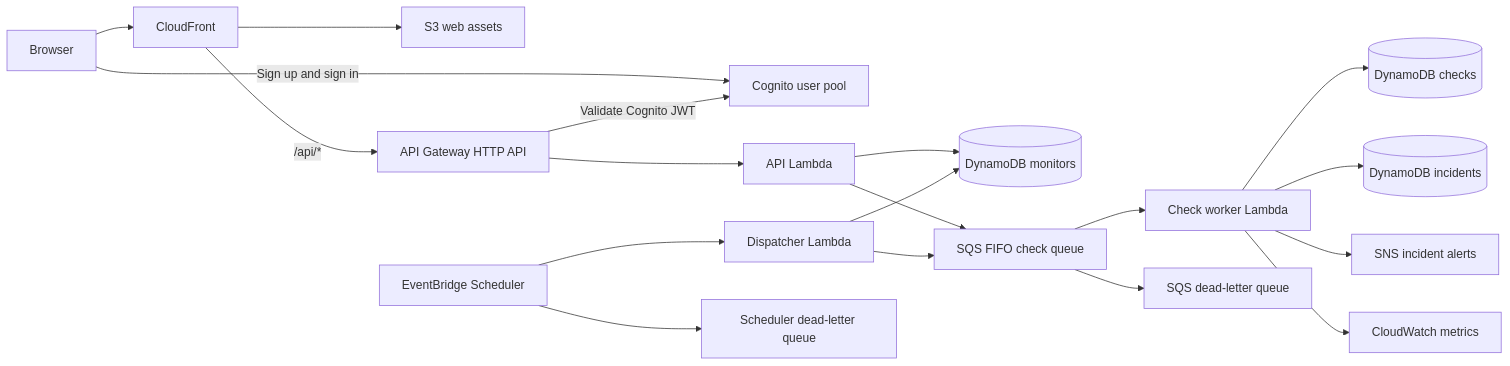
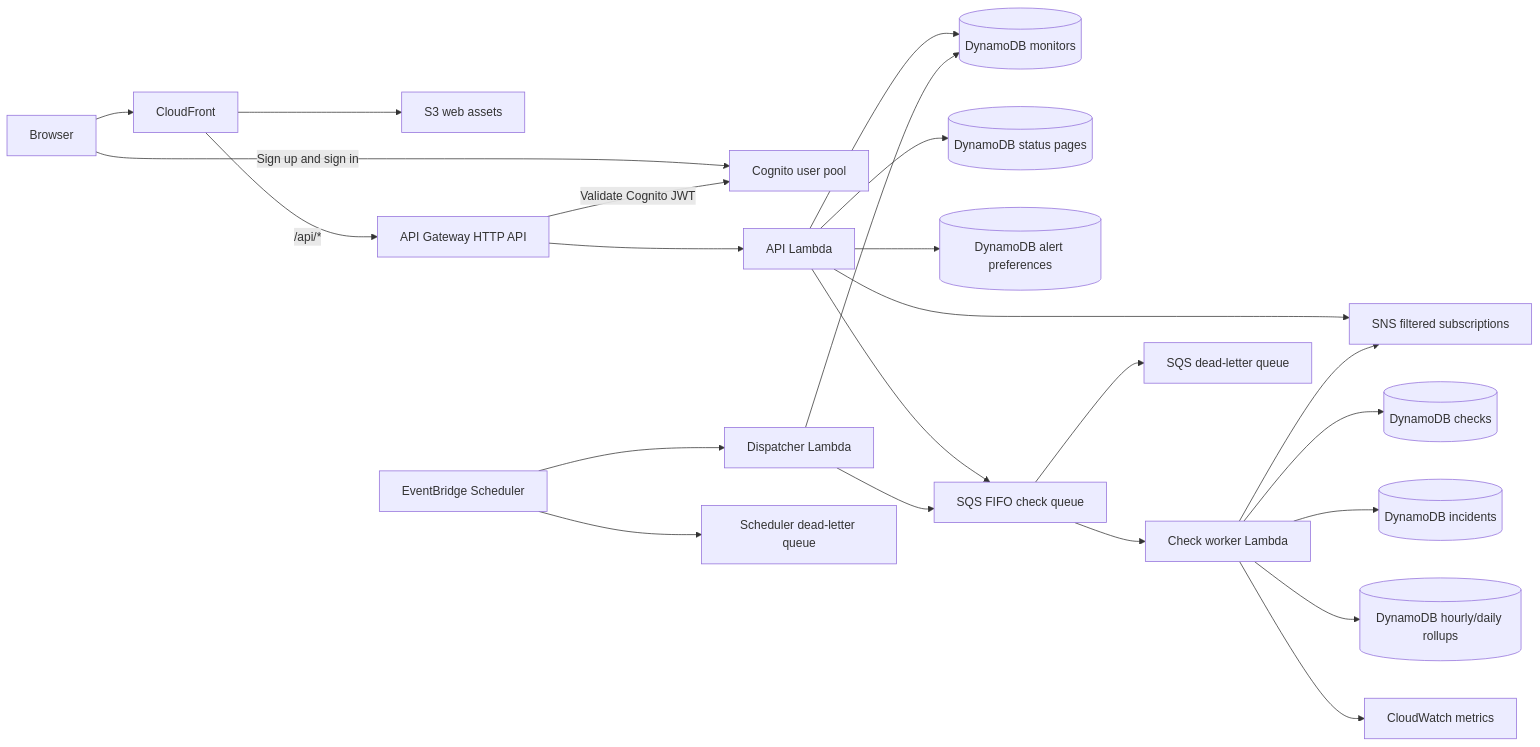
The diagram in README.md (mohamed-adem/api-monitor), drawn with Mermaid before and after one commit. The commit also changed other lines of this file, not shown here.

````diff
--- a/README.md
+++ b/README.md
@@ -20,21 +20,25 @@
 ```mermaid
 flowchart LR
   Browser[Browser] --> CDN[CloudFront]
   CDN --> Web[S3 web assets]
   CDN -->|/api/*| API[API Gateway HTTP API]
   Browser -->|Sign up and sign in| Auth[Cognito user pool]
   API -->|Validate Cognito JWT| Auth
   API --> ApiFn[API Lambda]
   ApiFn --> Monitors[(DynamoDB monitors)]
+  ApiFn --> StatusPages[(DynamoDB status pages)]
+  ApiFn --> Preferences[(DynamoDB alert preferences)]
+  ApiFn --> Alerts[SNS filtered subscriptions]
   ApiFn --> Queue[SQS FIFO check queue]
   Scheduler[EventBridge Scheduler] --> Dispatcher[Dispatcher Lambda]
   Dispatcher --> Monitors
   Dispatcher --> Queue
   Queue --> Worker[Check worker Lambda]
   Worker --> Checks[(DynamoDB checks)]
   Worker --> Incidents[(DynamoDB incidents)]
-  Worker --> Alerts[SNS incident alerts]
+  Worker --> Aggregates[(DynamoDB hourly/daily rollups)]
+  Worker --> Alerts
   Worker --> Metrics[CloudWatch metrics]
   Queue --> DLQ[SQS dead-letter queue]
   Scheduler --> SchedulerDLQ[Scheduler dead-letter queue]
 ```
````
